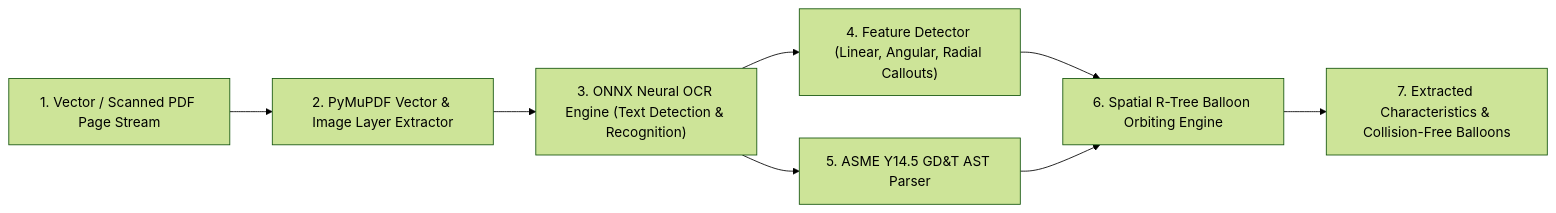
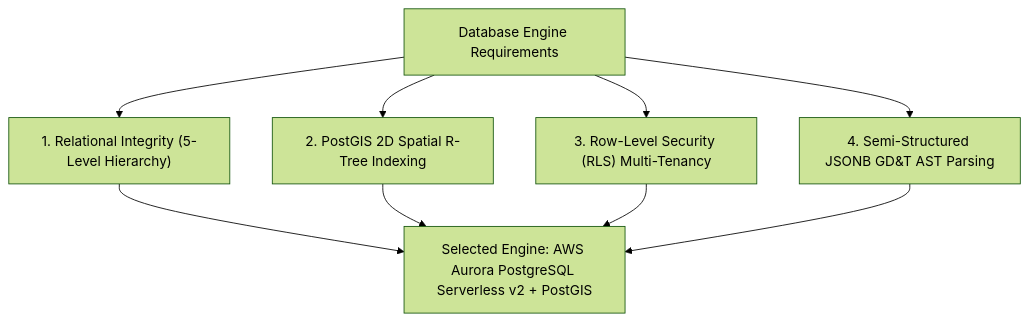
Before and after one commit to LoonistApp/Loonist: the fourth of 5 diagrams in Phase_2_High_Level_Design.md, drawn with Mermaid (forest theme). The commit also changed other lines of this file and 4 other files, not shown here.

Commit message:
Refactor Phase 3 architecture document to remove bullet lists and improve flow

````diff
--- a/Phase_2_High_Level_Design.md
+++ b/Phase_2_High_Level_Design.md
@@ -172,9 +230,11 @@
 ```mermaid
-flowchart LR
-    PDF["1. Vector / Scanned PDF Page Stream"] --> PyMuPDF["2. PyMuPDF Vector & Image Layer Extractor"]
-    PyMuPDF --> OCR["3. ONNX Neural OCR Engine (Text Detection & Recognition)"]
-    OCR --> Classifier["4. Feature Detector (Linear, Angular, Radial Callouts)"]
-    OCR --> GDTP["5. ASME Y14.5 GD&T AST Parser"]
-    Classifier & GDTP --> Orbit["6. Spatial R-Tree Balloon Orbiting Engine"]
-    Orbit --> Output["7. Extracted Characteristics & Collision-Free Balloons"]
+flowchart TD
+    Req["Database Engine Requirements"]
+    
+    Req --> R1["1. Relational Integrity (5-Level Hierarchy)"]
+    Req --> R2["2. PostGIS 2D Spatial R-Tree Indexing"]
+    Req --> R3["3. Row-Level Security (RLS) Multi-Tenancy"]
+    Req --> R4["4. Semi-Structured JSONB GD&T AST Parsing"]
+
+    R1 & R2 & R3 & R4 --> Choice["Selected Engine: AWS Aurora PostgreSQL Serverless v2 + PostGIS"]
 ```
````
